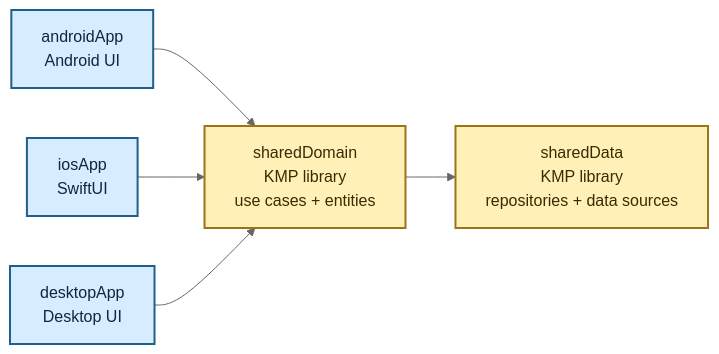
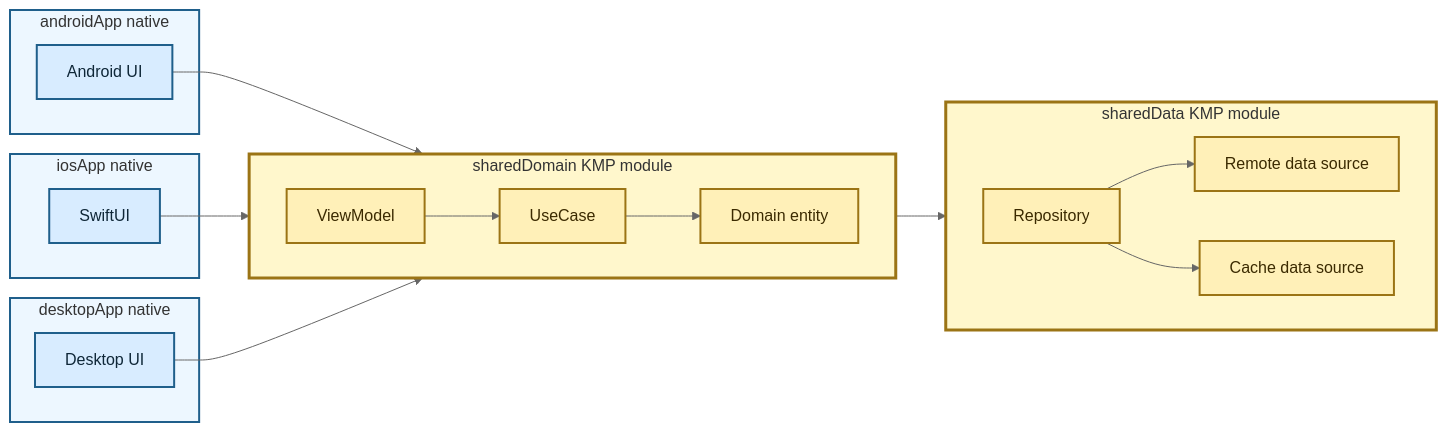
The diagram in diagrams/18-three-layer-kmp-domain-data.md (TheSetox/kmp-sample-diagrams), drawn with Mermaid (neutral theme) before and after one commit. The commit also changed 18 other files, not shown here.

Commit message:
docs: clarify kmp and native diagram boundaries

````diff
--- a/diagrams/18-three-layer-kmp-domain-data.md
+++ b/diagrams/18-three-layer-kmp-domain-data.md
@@ -5,19 +5,46 @@
 ```mermaid
 flowchart LR
-  SharedDomain["sharedDomain\nKMP library\nuse cases + entities"]
-  SharedData["sharedData\nKMP library\nrepositories + data sources"]
-  SharedDomain --> SharedData
+  subgraph Android["androidApp native"]
+    AndroidUI["Android UI"]
+  end
 
-  Android["androidApp\nAndroid UI"]
-  IOS["iosApp\nSwiftUI"]
-  Desktop["desktopApp\nDesktop UI"]
+  subgraph IOS["iosApp native"]
+    IOSUI["SwiftUI"]
+  end
 
-  Android --> SharedDomain
-  IOS --> SharedDomain
-  Desktop --> SharedDomain
+  subgraph Desktop["desktopApp native"]
+    DesktopUI["Desktop UI"]
+  end
+
+  subgraph Domain["sharedDomain KMP module"]
+    direction LR
+    VM["ViewModel"]
+    UseCase["UseCase"]
+    Entity["Domain entity"]
+    VM --> UseCase --> Entity
+  end
+
+  subgraph Data["sharedData KMP module"]
+    direction LR
+    Repository["Repository"]
+    Remote["Remote data source"]
+    Cache["Cache data source"]
+    Repository --> Remote
+    Repository --> Cache
+  end
+
+  AndroidUI --> VM
+  IOSUI --> VM
+  DesktopUI --> VM
+  UseCase --> Repository
 
   classDef app fill:#d8ecff,stroke:#1f5f8b,color:#0f2738,stroke-width:2px;
-  classDef shared fill:#fff0b8,stroke:#9b7415,color:#3b2a00,stroke-width:2px;
-  class Android,IOS,Desktop app;
-  class SharedDomain,SharedData shared;
+  classDef kmp fill:#fff0b8,stroke:#9b7415,color:#3b2a00,stroke-width:2px;
+  class AndroidUI,IOSUI,DesktopUI app;
+  class VM,UseCase,Entity,Repository,Remote,Cache kmp;
+  style Android fill:#edf7ff,stroke:#1f5f8b,stroke-width:2px
+  style IOS fill:#edf7ff,stroke:#1f5f8b,stroke-width:2px
+  style Desktop fill:#edf7ff,stroke:#1f5f8b,stroke-width:2px
+  style Domain fill:#fff7cc,stroke:#9b7415,stroke-width:3px
+  style Data fill:#fff7cc,stroke:#9b7415,stroke-width:3px
 ```
````
